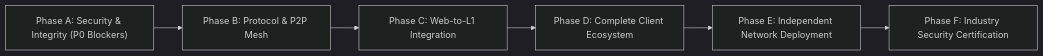
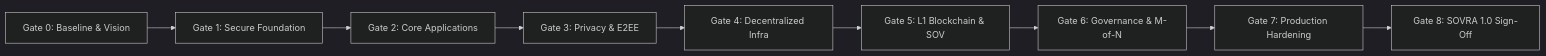
One commit to ewanbabu36-cell/sovra changed the fourth of 4 diagrams in SOVRA_INDUSTRY_STANDARD_MASTER_GOAL_AND_ACCEPTANCE.md. Above: the diagram before and after it, drawn with Mermaid (dark theme). The commit also changed other lines of this file, not shown here.

Commit message:
docs: formalize industry standard master goal and acceptance specification

````diff
--- a/SOVRA_INDUSTRY_STANDARD_MASTER_GOAL_AND_ACCEPTANCE.md
+++ b/SOVRA_INDUSTRY_STANDARD_MASTER_GOAL_AND_ACCEPTANCE.md
@@ -129,8 +499,11 @@
 ```mermaid
-flowchart LR
-    PhaseA["Phase A: Security & Integrity (P0 Blockers)"] --> PhaseB["Phase B: Protocol & P2P Mesh"]
-    PhaseB --> PhaseC["Phase C: Web-to-L1 Integration"]
-    PhaseC --> PhaseD["Phase D: Complete Client Ecosystem"]
-    PhaseD --> PhaseE["Phase E: Independent Network Deployment"]
-    PhaseE --> PhaseF["Phase F: Industry Security Certification"]
+graph LR
+    G0["Gate 0: Baseline & Vision"] --> G1["Gate 1: Secure Foundation"]
+    G1 --> G2["Gate 2: Core Applications"]
+    G2 --> G3["Gate 3: Privacy & E2EE"]
+    G3 --> G4["Gate 4: Decentralized Infra"]
+    G4 --> G5["Gate 5: L1 Blockchain & SOV"]
+    G5 --> G6["Gate 6: Governance & M-of-N"]
+    G6 --> G7["Gate 7: Production Hardening"]
+    G7 --> G8["Gate 8: SOVRA 1.0 Sign-Off"]
 ```
````
